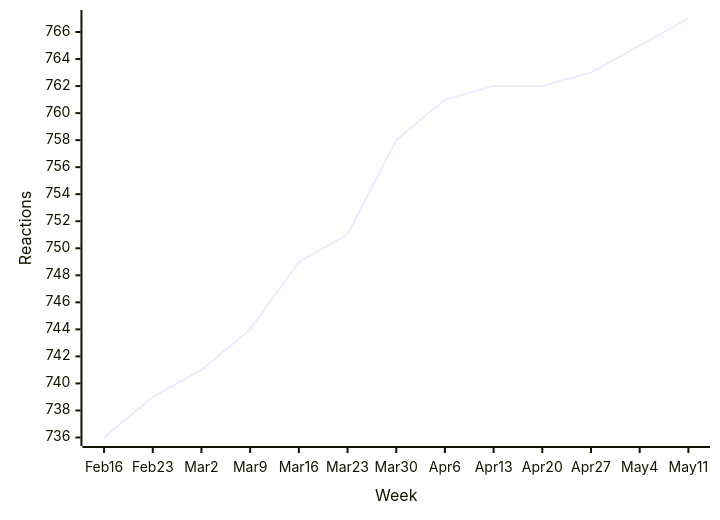
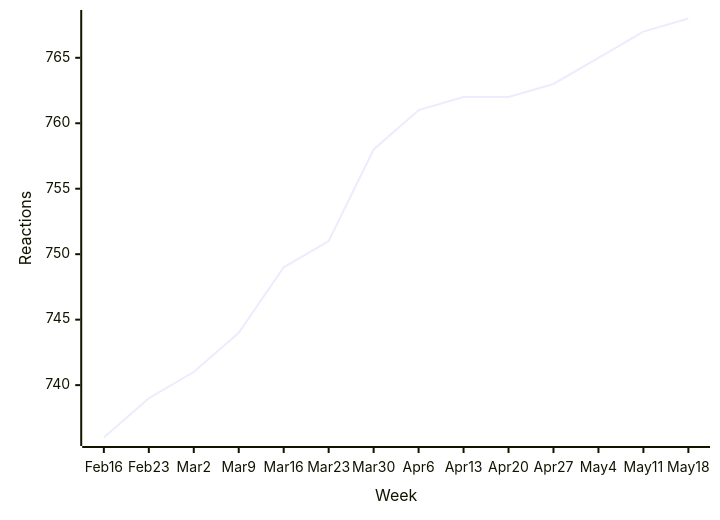
Before and after one commit to loic-sharma/github-insights: the first of 49 diagrams in README.md, drawn with Mermaid. The commit also changed other lines of this file and 3 other files, not shown here.

````diff
--- a/README.md
+++ b/README.md
@@ -339,6 +339,6 @@
   ```mermaid
   xychart-beta
-    x-axis "Week" [Feb 16, Feb 23, Mar 2, Mar 9, Mar 16, Mar 23, Mar 30, Apr 6, Apr 13, Apr 20, Apr 27, May 4, May 11]
+    x-axis "Week" [Feb 16, Feb 23, Mar 2, Mar 9, Mar 16, Mar 23, Mar 30, Apr 6, Apr 13, Apr 20, Apr 27, May 4, May 11, May 18]
     y-axis "Reactions"
-    line [736, 739, 741, 744, 749, 751, 758, 761, 762, 762, 763, 765, 767]
+    line [736, 739, 741, 744, 749, 751, 758, 761, 762, 762, 763, 765, 767, 768]
   ```
````
